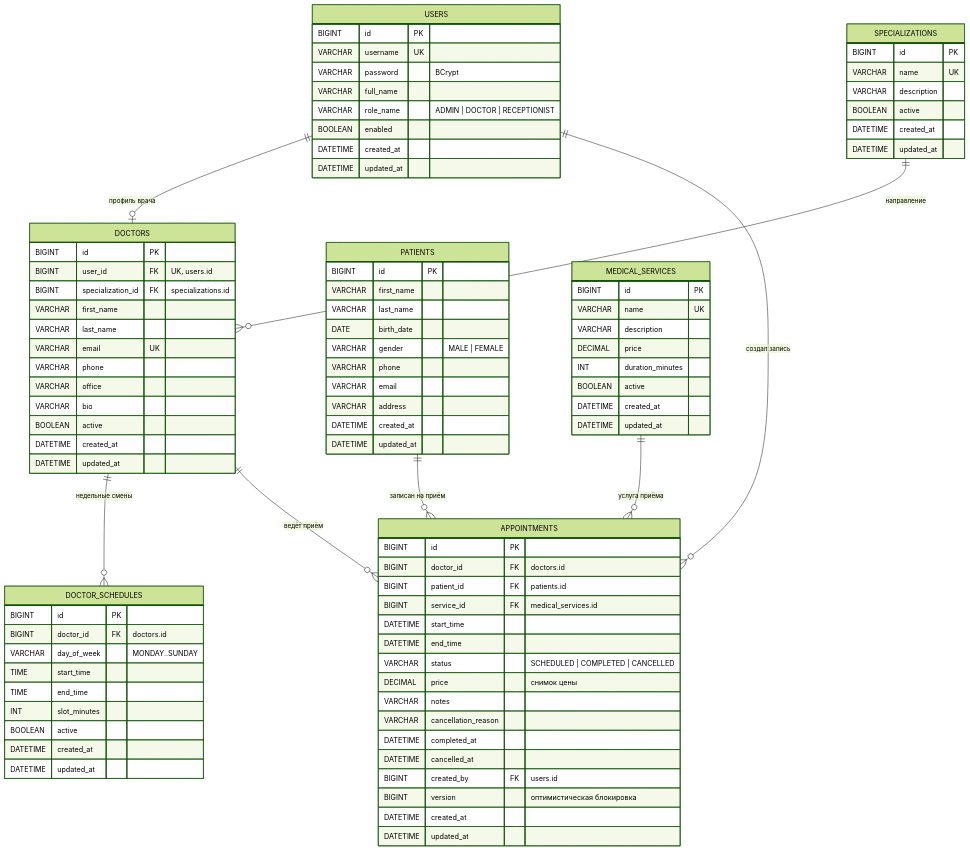
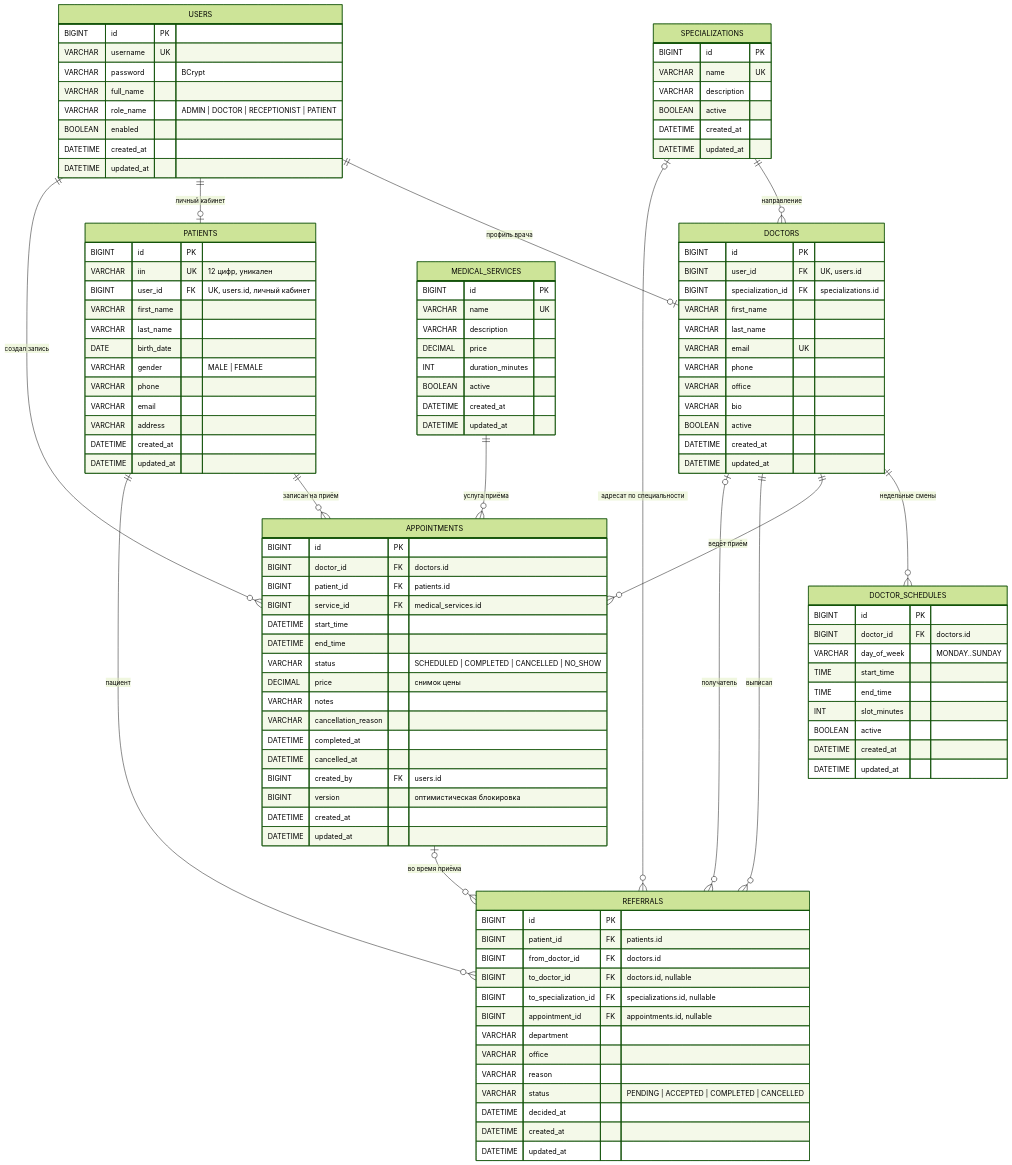
The diagram in docs/er-diagram.md (ward25000/Hospital-Appointment-and-Medical-Administration-System), drawn with Mermaid (forest theme) before and after one commit. The commit also changed other lines of this file and 45 other files, not shown here.

First line of the commit message:
Личный кабинет пациента и электронные направления

````diff
--- a/docs/er-diagram.md
+++ b/docs/er-diagram.md
@@ -7,19 +9,25 @@
 ```mermaid
 erDiagram
     USERS ||--o| DOCTORS : "профиль врача"
+    USERS ||--o| PATIENTS : "личный кабинет"
     USERS ||--o{ APPOINTMENTS : "создал запись"
     SPECIALIZATIONS ||--o{ DOCTORS : "направление"
     DOCTORS ||--o{ DOCTOR_SCHEDULES : "недельные смены"
     DOCTORS ||--o{ APPOINTMENTS : "ведёт приём"
     PATIENTS ||--o{ APPOINTMENTS : "записан на приём"
     MEDICAL_SERVICES ||--o{ APPOINTMENTS : "услуга приёма"
+    PATIENTS ||--o{ REFERRALS : "пациент"
+    DOCTORS ||--o{ REFERRALS : "выписал"
+    DOCTORS |o--o{ REFERRALS : "получатель"
+    SPECIALIZATIONS |o--o{ REFERRALS : "адресат по специальности"
+    APPOINTMENTS |o--o{ REFERRALS : "во время приёма"
 
     USERS {
         BIGINT id PK
         VARCHAR username UK
         VARCHAR password "BCrypt"
         VARCHAR full_name
-        VARCHAR role_name "ADMIN | DOCTOR | RECEPTIONIST"
+        VARCHAR role_name "ADMIN | DOCTOR | RECEPTIONIST | PATIENT"
         BOOLEAN enabled
         DATETIME created_at
         DATETIME updated_at
@@ -63,6 +71,8 @@
 
     PATIENTS {
         BIGINT id PK
+        VARCHAR iin UK "12 цифр, уникален"
+        BIGINT user_id FK "UK, users.id, личный кабинет"
         VARCHAR first_name
         VARCHAR last_name
         DATE birth_date
@@ -92,7 +102,7 @@
         BIGINT service_id FK "medical_services.id"
         DATETIME start_time
         DATETIME end_time
-        VARCHAR status "SCHEDULED | COMPLETED | CANCELLED"
+        VARCHAR status "SCHEDULED | COMPLETED | CANCELLED | NO_SHOW"
         DECIMAL price "снимок цены"
         VARCHAR notes
         VARCHAR cancellation_reason
@@ -103,4 +113,20 @@
         DATETIME created_at
         DATETIME updated_at
     }
+
+    REFERRALS {
+        BIGINT id PK
+        BIGINT patient_id FK "patients.id"
+        BIGINT from_doctor_id FK "doctors.id"
+        BIGINT to_doctor_id FK "doctors.id, nullable"
+        BIGINT to_specialization_id FK "specializations.id, nullable"
+        BIGINT appointment_id FK "appointments.id, nullable"
+        VARCHAR department
+        VARCHAR office
+        VARCHAR reason
+        VARCHAR status "PENDING | ACCEPTED | COMPLETED | CANCELLED"
+        DATETIME decided_at
+        DATETIME created_at
+        DATETIME updated_at
+    }
 ```
````
